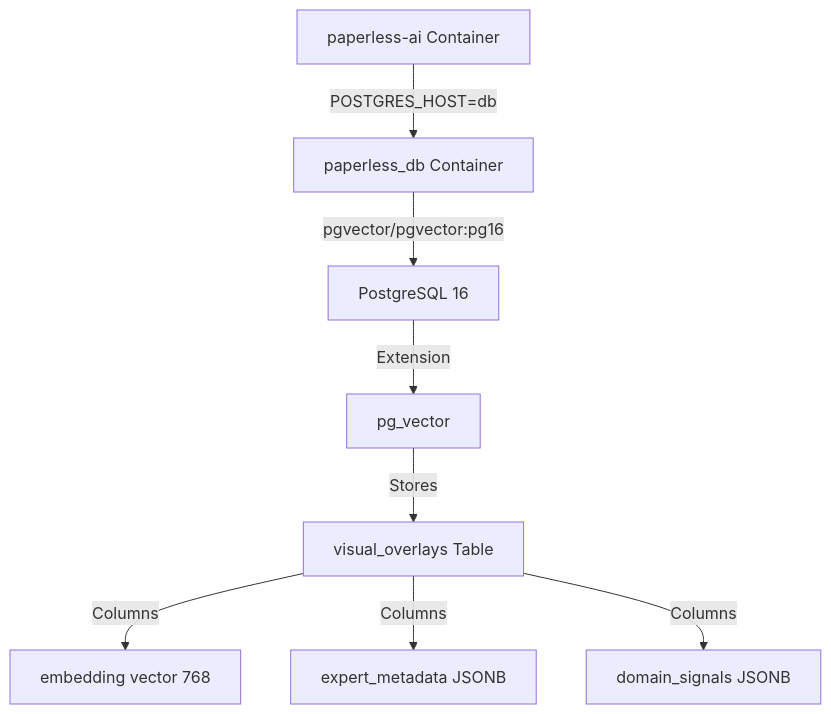
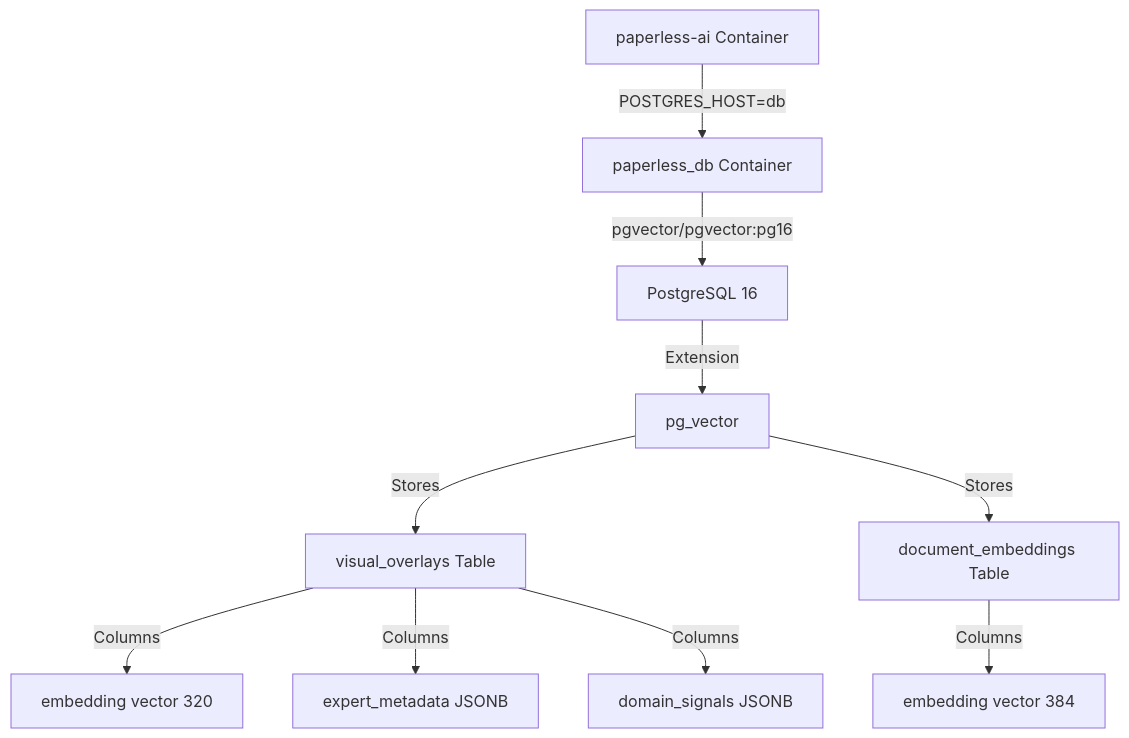
Before and after one commit to Walchshofer/paperless-ai: the diagram in docs/DATABASE_SETUP.md, drawn with Mermaid. The commit also changed other lines of this file and 39 other files, not shown here.

````diff
--- a/docs/DATABASE_SETUP.md
+++ b/docs/DATABASE_SETUP.md
@@ -16,10 +20,12 @@
 ```mermaid
 graph TD
     A[paperless-ai Container] -->|POSTGRES_HOST=db| B[paperless_db Container]
     B -->|pgvector/pgvector:pg16| C[PostgreSQL 16]
     C -->|Extension| D[pg_vector]
     D -->|Stores| E[visual_overlays Table]
-    E -->|Columns| F[embedding vector 768]
+    E -->|Columns| F[embedding vector 320]
     E -->|Columns| G[expert_metadata JSONB]
     E -->|Columns| H[domain_signals JSONB]
+    D -->|Stores| I[document_embeddings Table]
+    I -->|Columns| J[embedding vector 384]
 ```
````
